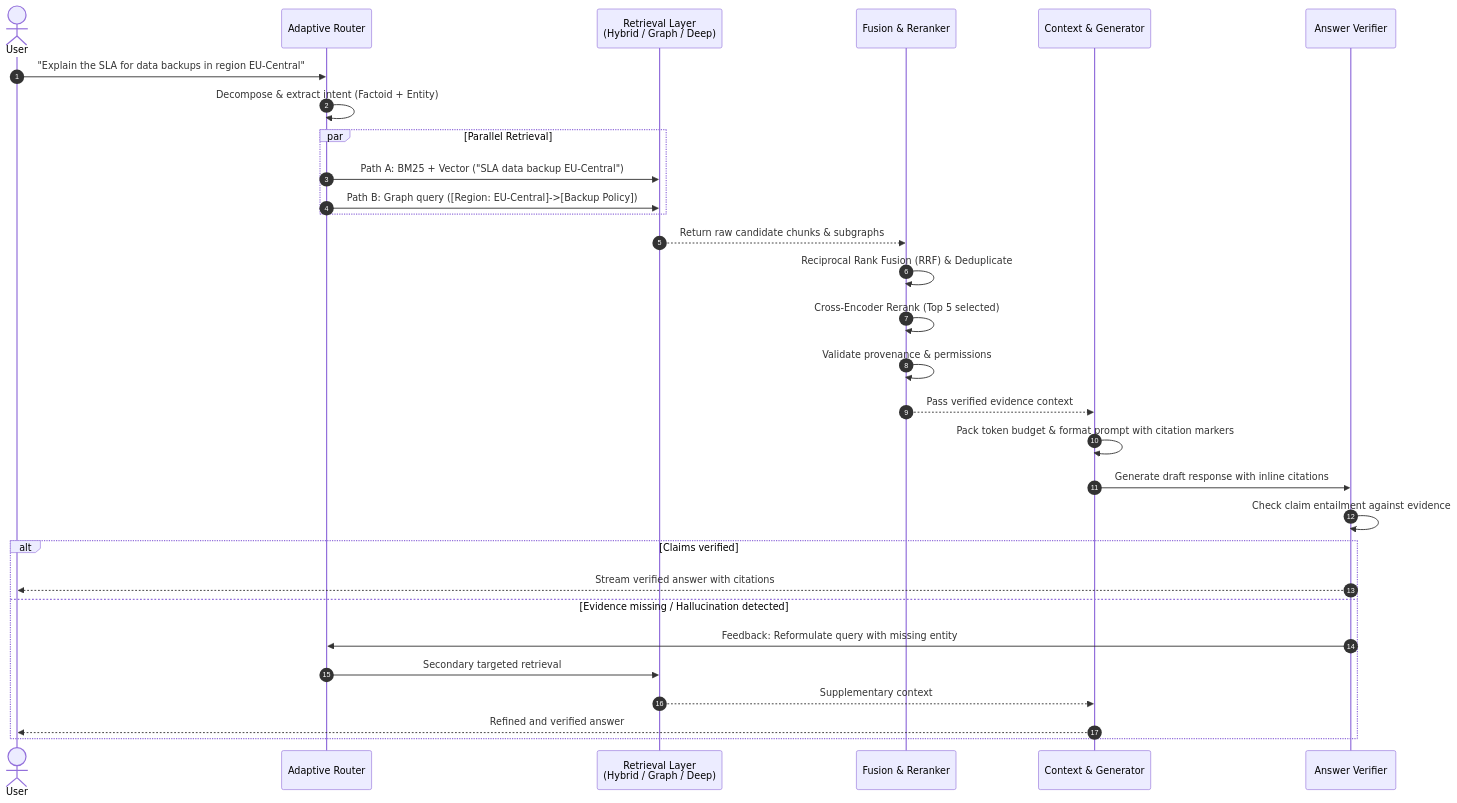
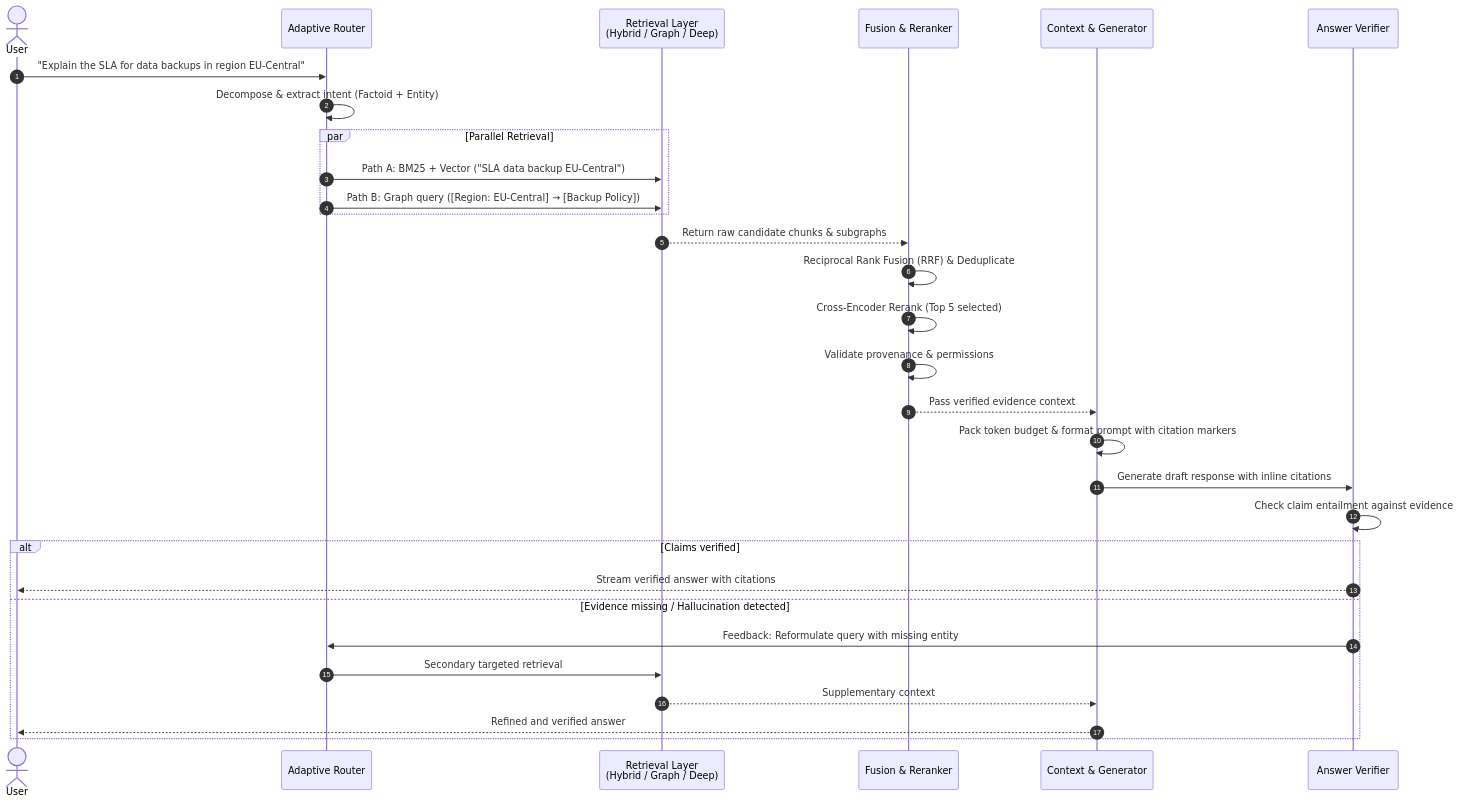
Before and after one commit to NagarajuMudhiraj/enterprise-agentic-rag: the third of 4 diagrams in README.md, drawn with Mermaid. The commit also changed other lines of this file, not shown here.

Commit message:
fix(docs): resolve mermaid syntax errors causing rich display failure in README

````diff
--- a/README.md
+++ b/README.md
@@ -408,37 +408,37 @@
 ```mermaid
 sequenceDiagram
     autonumber
     actor User as User
     participant Router as Adaptive Router
     participant Retrieval as Retrieval Layer<br/>(Hybrid / Graph / Deep)
     participant Fusion as Fusion & Reranker
     participant Gen as Context & Generator
     participant Critic as Answer Verifier
     
     User->>Router: "Explain the SLA for data backups in region EU-Central"
     Router->>Router: Decompose & extract intent (Factoid + Entity)
     
     par Parallel Retrieval
         Router->>Retrieval: Path A: BM25 + Vector ("SLA data backup EU-Central")
-        Router->>Retrieval: Path B: Graph query ([Region: EU-Central]->[Backup Policy])
+        Router->>Retrieval: Path B: Graph query ([Region: EU-Central] → [Backup Policy])
     end
     
     Retrieval-->>Fusion: Return raw candidate chunks & subgraphs
     Fusion->>Fusion: Reciprocal Rank Fusion (RRF) & Deduplicate
     Fusion->>Fusion: Cross-Encoder Rerank (Top 5 selected)
     Fusion->>Fusion: Validate provenance & permissions
     
     Fusion-->>Gen: Pass verified evidence context
     Gen->>Gen: Pack token budget & format prompt with citation markers
     Gen->>Critic: Generate draft response with inline citations
     
     Critic->>Critic: Check claim entailment against evidence
     alt Claims verified
         Critic-->>User: Stream verified answer with citations
     else Evidence missing / Hallucination detected
         Critic->>Router: Feedback: Reformulate query with missing entity
         Router->>Retrieval: Secondary targeted retrieval
         Retrieval-->>Gen: Supplementary context
         Gen-->>User: Refined and verified answer
     end
 ```
````
